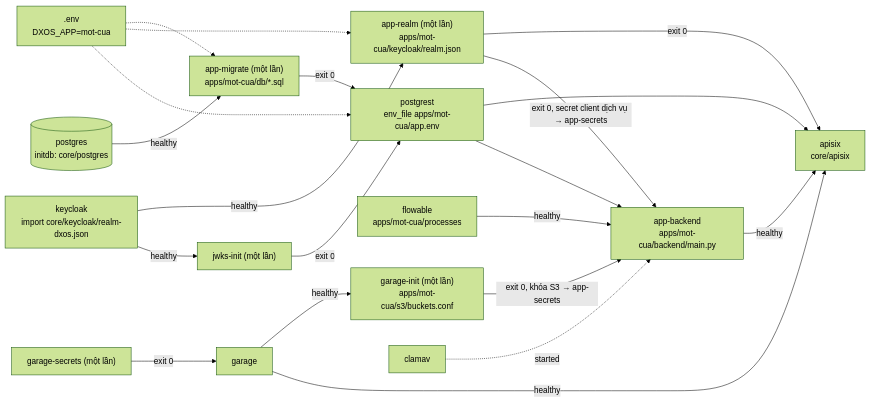
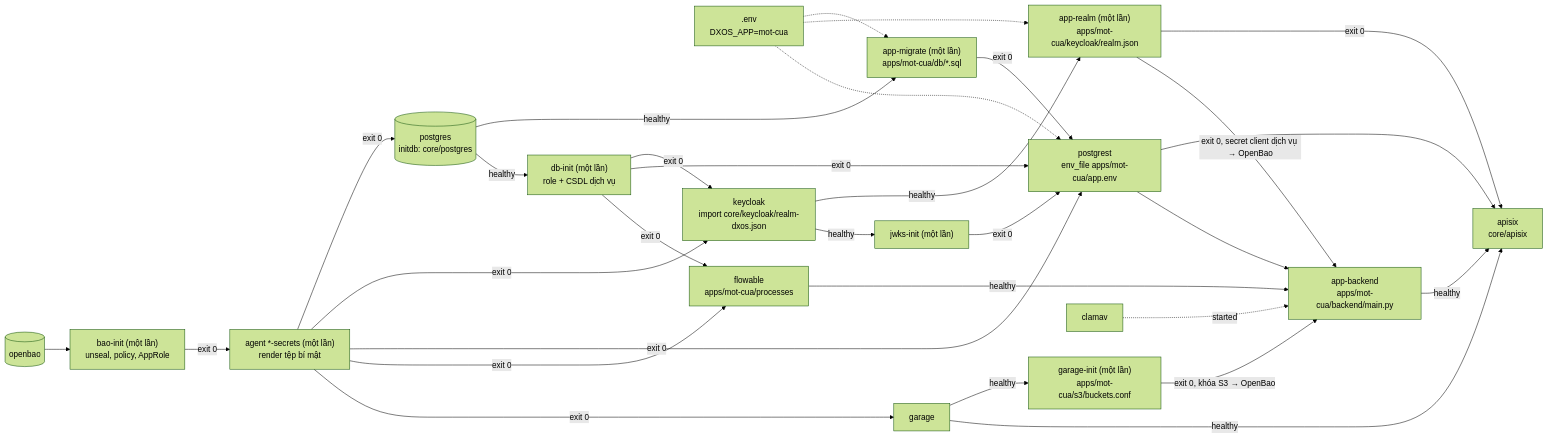
Before and after one commit to commune-dxos/commune-dxos: the second of 6 diagrams in docs/architecture.md, drawn with Mermaid (forest theme). The commit also changed other lines of this file and 45 other files, not shown here.

First line of the commit message:
feat(secrets): OpenBao giữ bí mật dịch vụ, bỏ bí mật khỏi .env (#10)

````diff
--- a/docs/architecture.md
+++ b/docs/architecture.md
@@ -135,20 +141,24 @@
 ```mermaid
 flowchart LR
   ENV[".env<br/>DXOS_APP=mot-cua"] -.-> MIG & REALM & PGR
+  BAO[("openbao")] --> BI["bao-init (một lần)<br/>unseal, policy, AppRole"]
+  BI -->|exit 0| AG["agent *-secrets (một lần)<br/>render tệp bí mật"]
+  AG -->|exit 0| PG & KC & PGR & FL & S3
   PG[("postgres<br/>initdb: core/postgres")] -->|healthy| MIG["app-migrate (một lần)<br/>apps/mot-cua/db/*.sql"]
+  PG -->|healthy| DBI["db-init (một lần)<br/>role + CSDL dịch vụ"]
+  DBI -->|exit 0| KC & PGR & FL
   KC["keycloak<br/>import core/keycloak/realm-dxos.json"] -->|healthy| REALM["app-realm (một lần)<br/>apps/mot-cua/keycloak/realm.json"]
   KC -->|healthy| JWKS["jwks-init (một lần)"]
   MIG -->|exit 0| PGR["postgrest<br/>env_file apps/mot-cua/app.env"]
   JWKS -->|exit 0| PGR
   PGR --> GW["apisix<br/>core/apisix"]
   REALM -->|exit 0| GW
   FL["flowable<br/>apps/mot-cua/processes"] -->|healthy| BE["app-backend<br/>apps/mot-cua/backend/main.py"]
   PGR --> BE
-  GS["garage-secrets (một lần)"] -->|exit 0| S3["garage"]
-  S3 -->|healthy| GI["garage-init (một lần)<br/>apps/mot-cua/s3/buckets.conf"]
-  GI -->|exit 0, khóa S3 → app-secrets| BE
-  REALM -->|exit 0, secret client dịch vụ → app-secrets| BE
+  S3["garage"] -->|healthy| GI["garage-init (một lần)<br/>apps/mot-cua/s3/buckets.conf"]
+  GI -->|exit 0, khóa S3 → OpenBao| BE
+  REALM -->|exit 0, secret client dịch vụ → OpenBao| BE
   AV["clamav"] -.->|started| BE
   BE -->|healthy| GW
   S3 -->|healthy| GW
 ```
````
